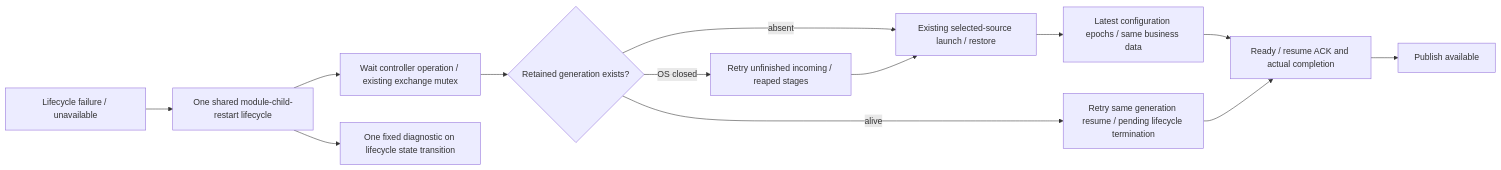
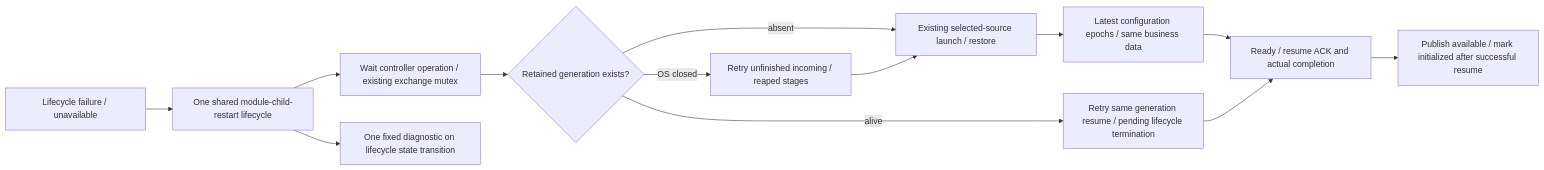
Before and after one commit to kitepon/BellTeam: the third of 17 diagrams in docs/architecture/modules/runtime/module-process.md, drawn with Mermaid. The commit also changed other lines of this file and 2 other files, not shown here.

````diff
--- a/docs/architecture/modules/runtime/module-process.md
+++ b/docs/architecture/modules/runtime/module-process.md
@@ -38,15 +38,15 @@
 ```mermaid
 flowchart LR
   Failure[Lifecycle failure / unavailable] --> Shared[One shared module-child-restart lifecycle]
   Shared --> Ownership[Wait controller operation / existing exchange mutex]
   Ownership --> Retained{Retained generation exists?}
   Retained -->|alive| Resume[Retry same generation resume / pending lifecycle termination]
   Retained -->|OS closed| Reap[Retry unfinished incoming / reaped stages]
   Retained -->|absent| Restore[Existing selected-source launch / restore]
   Reap --> Restore
   Restore --> Configuration[Latest configuration epochs / same business data]
   Configuration --> Ready[Ready / resume ACK and actual completion]
   Resume --> Ready
-  Ready --> Available[Publish available]
+  Ready --> Available[Publish available / mark initialized after successful resume]
   Shared --> Diagnostic[One fixed diagnostic on lifecycle state transition]
 ```
````
